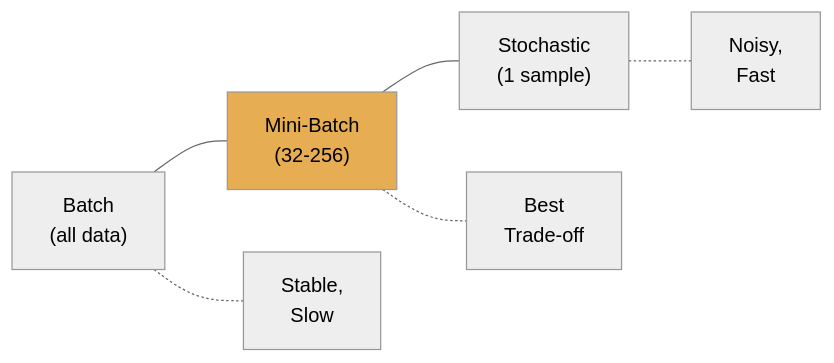
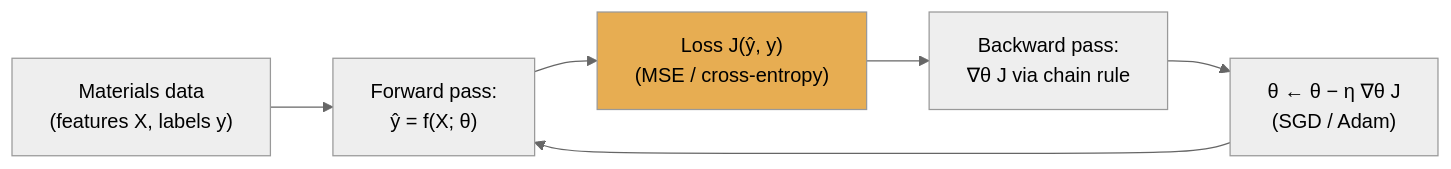
One commit to ECLIPSE-Lab/public_presentations changed the second of 2 diagrams in ml_for_characterization_and_processing/unit04_microstructure_representations/04_microstructure_representations.qmd. Above: the diagram before and after it, drawn with Mermaid (neutral theme). The commit also changed other lines of this file and 18 other files, not shown here.

````diff
--- a/ml_for_characterization_and_processing/unit04_microstructure_representations/04_microstructure_representations.qmd
+++ b/ml_for_characterization_and_processing/unit04_microstructure_representations/04_microstructure_representations.qmd
@@ -441,9 +219,9 @@
 ```{mermaid}
 graph LR
-    B["Batch<br>(all data)"] --- MB["Mini-Batch<br>(32-256)"]
-    MB --- S["Stochastic<br>(1 sample)"]
-    B -.- BL["Stable,<br>Slow"]
-    S -.- SL["Noisy,<br>Fast"]
-    MB -.- ML["Best<br>Trade-off"]
-    style MB fill:#e7ad52,color:#000
+    D["Materials data<br>(features X, labels y)"] --> F["Forward pass:<br>ŷ = f(X; θ)"]
+    F --> L["Loss J(ŷ, y)<br>(MSE / cross-entropy)"]
+    L --> B["Backward pass:<br>∇θ J via chain rule"]
+    B --> U["θ ← θ − η ∇θ J<br>(SGD / Adam)"]
+    U --> F
+    style L fill:#e7ad52,color:#000
 ```
````
